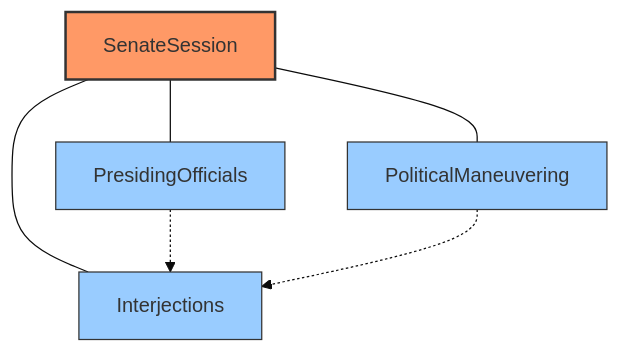
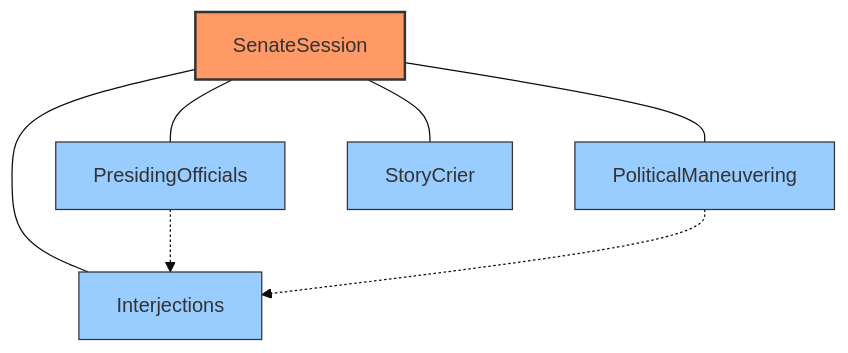
The diagram in docs/components/index.md (ianlintner/forum), drawn with Mermaid (base theme) before and after one commit. The commit also changed other lines of this file and 8 other files, not shown here.

First line of the commit message:
Add comprehensive tests for StoryCrierAgent and Historical Events Database

````diff
--- a/docs/components/index.md
+++ b/docs/components/index.md
@@ -24,15 +25,16 @@
 ```mermaid
 graph TD
     SS[SenateSession] --- PO[PresidingOfficials]
     SS --- INT[Interjections]
     SS --- PM[PoliticalManeuvering]
+    SS --- SC[StoryCrier]
     
     PO -.-> INT[Interjections]
     PM -.-> INT[Interjections]
     
     classDef core fill:#f96,stroke:#333,stroke-width:2px;
     classDef supporting fill:#99ccff,stroke:#333,stroke-width:1px;
     
     class SS core;
-    class PO,INT,PM supporting;
+    class PO,INT,PM,SC supporting;
 ```
````
